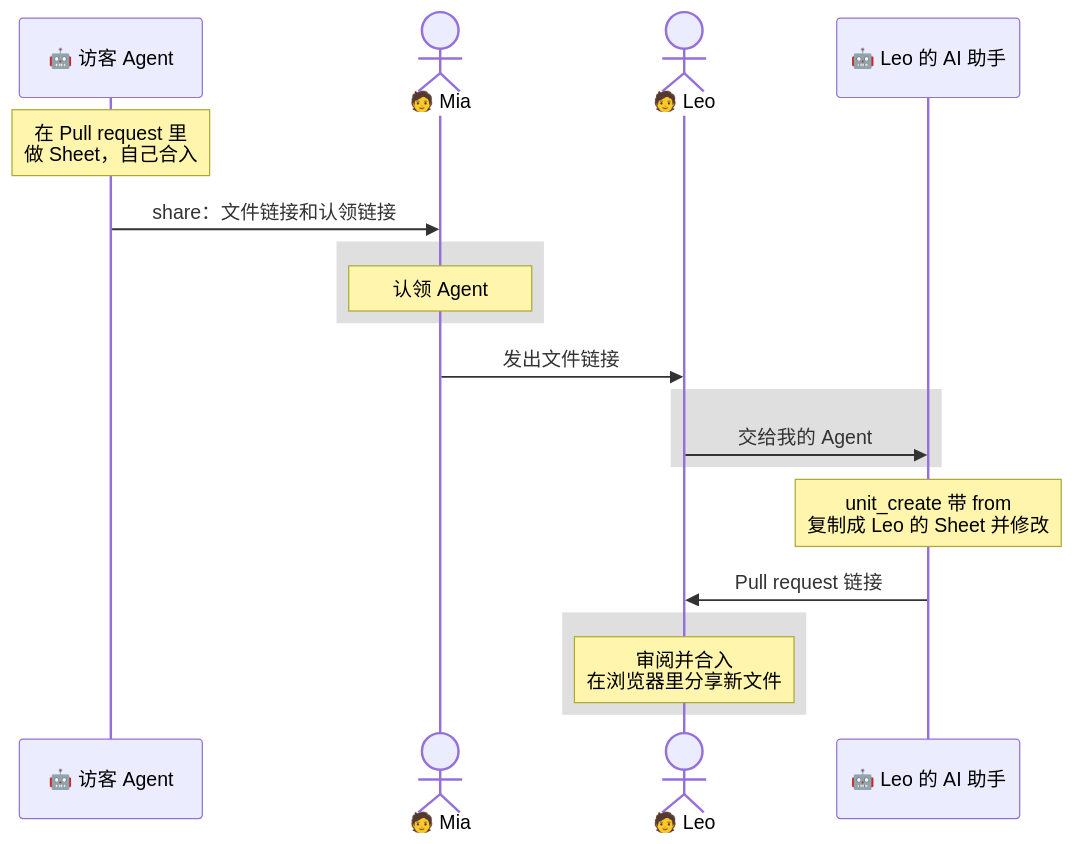
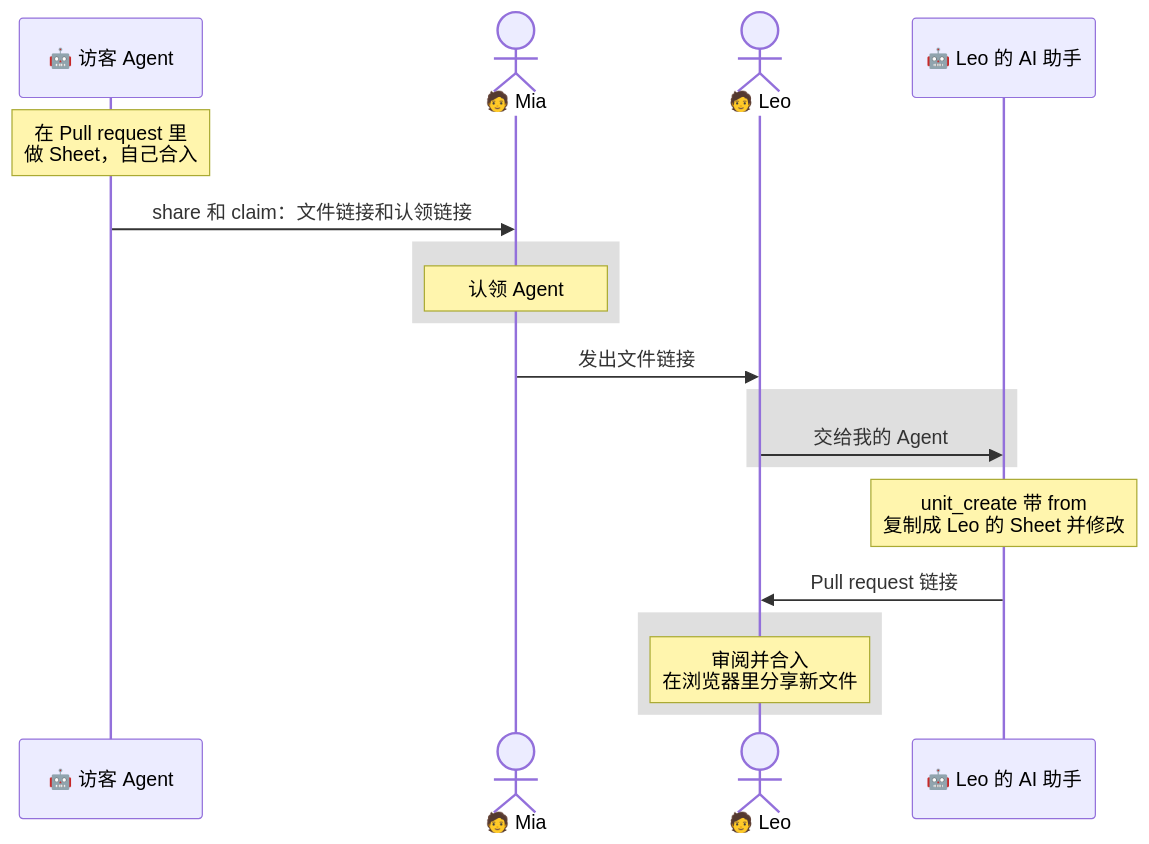
One commit to dream-num/univer-workspace changed the second of 5 diagrams in docs/agent-handoff-showcase.zh-CN.md. Above: the diagram before and after it, drawn with Mermaid. The commit also changed other lines of this file and 24 other files, not shown here.

````diff
--- a/docs/agent-handoff-showcase.zh-CN.md
+++ b/docs/agent-handoff-showcase.zh-CN.md
@@ -33,21 +33,21 @@
 ```mermaid
 sequenceDiagram
     participant G as 🤖 访客 Agent
     actor M as 🧑 Mia
     actor L as 🧑 Leo
     participant A as 🤖 Leo 的 AI 助手
     Note over G: 在 Pull request 里<br/>做 Sheet，自己合入
-    G->>M: share：文件链接和认领链接
+    G->>M: share 和 claim：文件链接和认领链接
     rect rgba(128, 128, 128, 0.25)
     Note over M: 认领 Agent
     end
     M->>L: 发出文件链接
     rect rgba(128, 128, 128, 0.25)
     L->>A: 交给我的 Agent
     end
     Note over A: unit_create 带 from<br/>复制成 Leo 的 Sheet 并修改
     A->>L: Pull request 链接
     rect rgba(128, 128, 128, 0.25)
     Note over L: 审阅并合入<br/>在浏览器里分享新文件
     end
 ```
````
